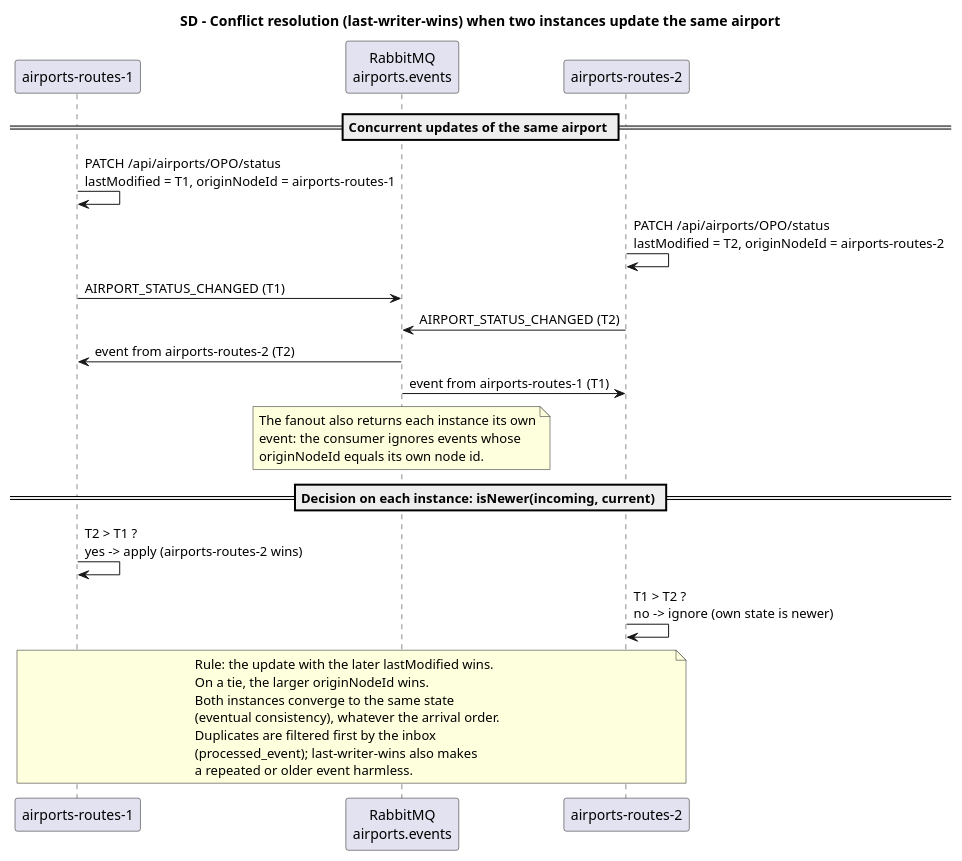
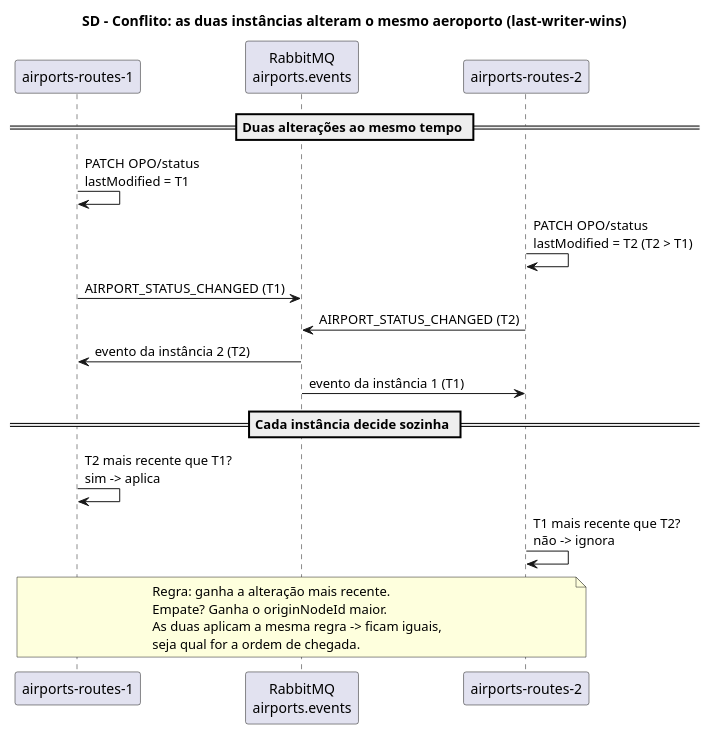
The diagram in Services/Airport e Routes/airports-routes-service/docs/E2/sd-conflict-resolution.puml (anamartasilvaa/SIDIG_AI_Safe), drawn with PlantUML before and after one commit. The commit also changed 31 other files, not shown here.

Commit message:
Airports: snapshot no arranque com BD vazia, 503 com BD em baixo, diagramas e READMEs da Entrega 2 atualizados

```diff
--- a/Services/Airport e Routes/airports-routes-service/docs/E2/sd-conflict-resolution.puml
+++ b/Services/Airport e Routes/airports-routes-service/docs/E2/sd-conflict-resolution.puml
@@ -1,37 +1,29 @@
 @startuml sd-conflict-resolution
 skinparam shadowing false
-title SD - Conflict resolution (last-writer-wins) when two instances update the same airport
+title SD - Conflito: as duas instâncias alteram o mesmo aeroporto (last-writer-wins)
 
 participant "airports-routes-1" as A1
 participant "RabbitMQ\nairports.events" as MQ
 participant "airports-routes-2" as A2
 
-== Concurrent updates of the same airport ==
-A1 -> A1 : PATCH /api/airports/OPO/status\nlastModified = T1, originNodeId = airports-routes-1
-A2 -> A2 : PATCH /api/airports/OPO/status\nlastModified = T2, originNodeId = airports-routes-2
+== Duas alterações ao mesmo tempo ==
+A1 -> A1 : PATCH OPO/status\nlastModified = T1
+A2 -> A2 : PATCH OPO/status\nlastModified = T2 (T2 > T1)
 
 A1 -> MQ : AIRPORT_STATUS_CHANGED (T1)
 A2 -> MQ : AIRPORT_STATUS_CHANGED (T2)
 
-MQ -> A1 : event from airports-routes-2 (T2)
-MQ -> A2 : event from airports-routes-1 (T1)
-note over MQ
-  The fanout also returns each instance its own
-  event: the consumer ignores events whose
-  originNodeId equals its own node id.
-end note
+MQ -> A1 : evento da instância 2 (T2)
+MQ -> A2 : evento da instância 1 (T1)
 
-== Decision on each instance: isNewer(incoming, current) ==
-A1 -> A1 : T2 > T1 ?\nyes -> apply (airports-routes-2 wins)
-A2 -> A2 : T1 > T2 ?\nno -> ignore (own state is newer)
+== Cada instância decide sozinha ==
+A1 -> A1 : T2 mais recente que T1?\nsim -> aplica
+A2 -> A2 : T1 mais recente que T2?\nnão -> ignora
 
 note over A1, A2
-  Rule: the update with the later lastModified wins.
-  On a tie, the larger originNodeId wins.
-  Both instances converge to the same state
-  (eventual consistency), whatever the arrival order.
-  Duplicates are filtered first by the inbox
-  (processed_event); last-writer-wins also makes
-  a repeated or older event harmless.
+  Regra: ganha a alteração mais recente.
+  Empate? Ganha o originNodeId maior.
+  As duas aplicam a mesma regra -> ficam iguais,
+  seja qual for a ordem de chegada.
 end note
 @enduml
```
